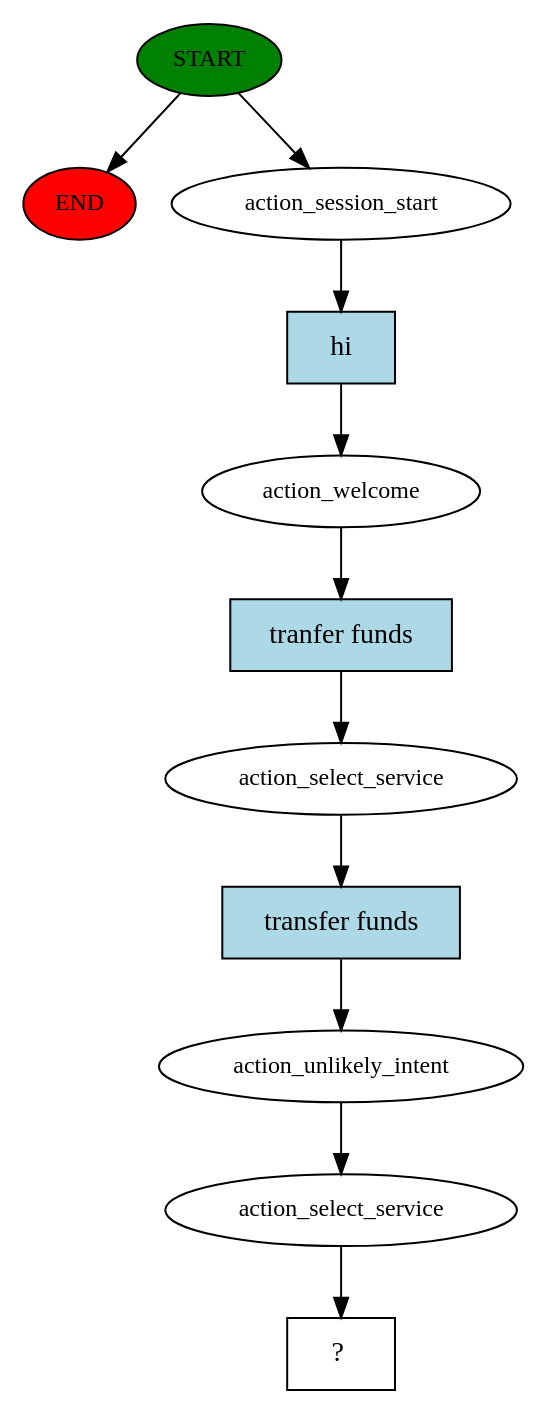
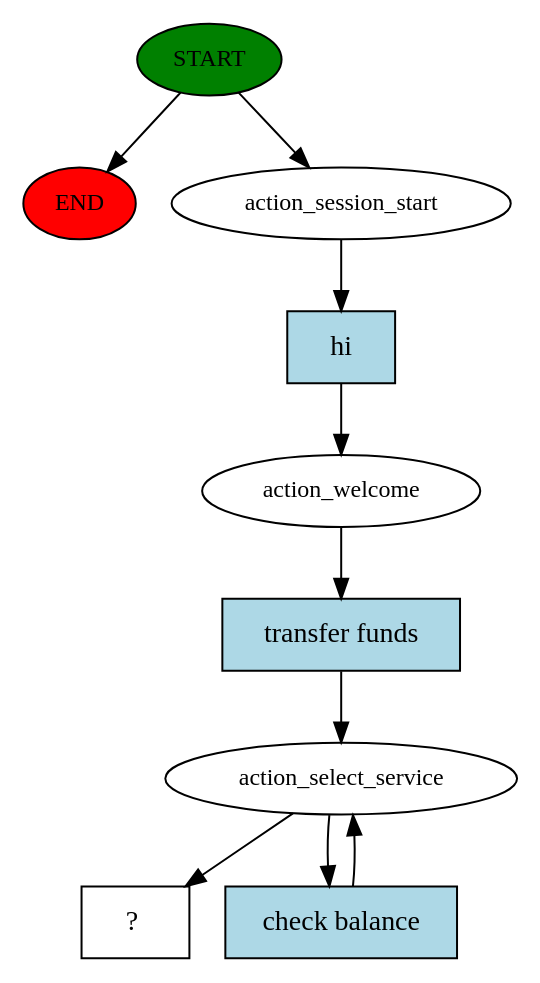
The diagram in story_graph.dot (kritsid/Krishvi--adventure), drawn with Graphviz before and after one commit. The commit also changed 19 other files, not shown here.

```diff
--- a/story_graph.dot
+++ b/story_graph.dot
@@ -1,23 +1,20 @@
 digraph  {
 0 [class="start active", fillcolor=green, fontsize=12, label=START, style=filled];
 "-1" [class=end, fillcolor=red, fontsize=12, label=END, style=filled];
 1 [class=active, fontsize=12, label=action_session_start];
 2 [class=active, fontsize=12, label=action_welcome];
 3 [class=active, fontsize=12, label=action_select_service];
-4 [class=active, fontsize=12, label=action_unlikely_intent];
-5 [class=active, fontsize=12, label=action_select_service];
-6 [class="intent dashed active", label="  ?  ", shape=rect];
-7 [class="intent active", fillcolor=lightblue, label=hi, shape=rect, style=filled];
-8 [class="intent active", fillcolor=lightblue, label="tranfer funds", shape=rect, style=filled];
-9 [class="intent active", fillcolor=lightblue, label="transfer funds", shape=rect, style=filled];
+5 [class="intent dashed active", label="  ?  ", shape=rect];
+6 [class="intent active", fillcolor=lightblue, label=hi, shape=rect, style=filled];
+7 [class="intent active", fillcolor=lightblue, label="transfer funds", shape=rect, style=filled];
+8 [class="intent active", fillcolor=lightblue, label="check balance", shape=rect, style=filled];
 0 -> "-1"  [class="", key=NONE, label=""];
 0 -> 1  [class=active, key=NONE, label=""];
-1 -> 7  [class=active, key=0];
-2 -> 8  [class=active, key=0];
-3 -> 9  [class=active, key=0];
-4 -> 5  [class=active, key=NONE, label=""];
-5 -> 6  [class=active, key=NONE, label=""];
-7 -> 2  [class=active, key=0];
+1 -> 6  [class=active, key=0];
+2 -> 7  [class=active, key=0];
+3 -> 5  [class=active, key=NONE, label=""];
+3 -> 8  [class=active, key=0];
+6 -> 2  [class=active, key=0];
+7 -> 3  [class=active, key=0];
 8 -> 3  [class=active, key=0];
-9 -> 4  [class=active, key=0];
 }
```
